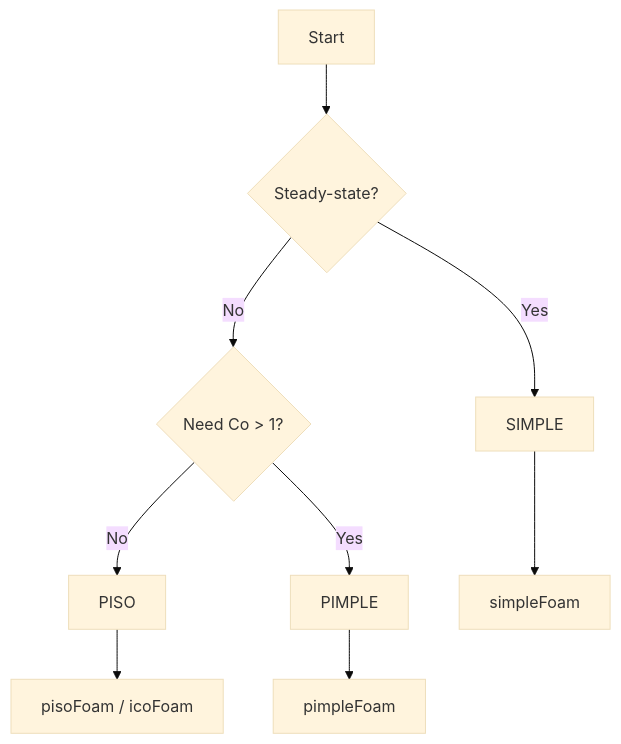
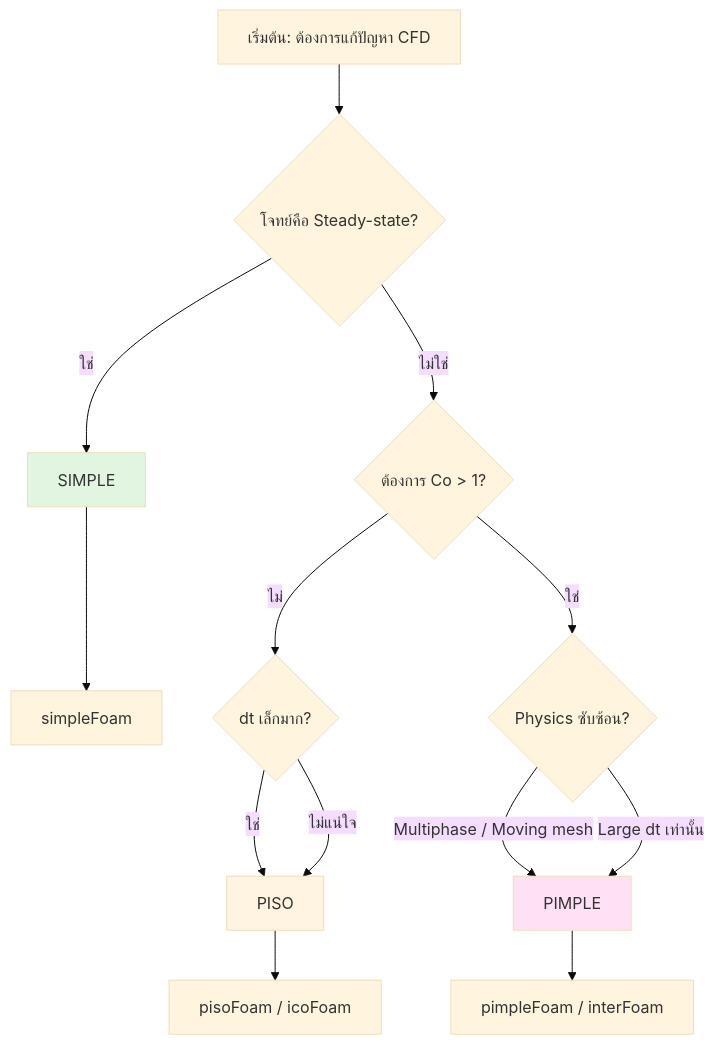
One commit to wramet/build-my-cfd changed the diagram in MODULE_03_SINGLE_PHASE_FLOW/CONTENT/02_PRESSURE_VELOCITY_COUPLING/05_Algorithm_Comparison.md. Above: the diagram before and after it, drawn with Mermaid (base theme). The commit also changed other lines of this file and 54 other files, not shown here.

````diff
--- a/MODULE_03_SINGLE_PHASE_FLOW/CONTENT/02_PRESSURE_VELOCITY_COUPLING/05_Algorithm_Comparison.md
+++ b/MODULE_03_SINGLE_PHASE_FLOW/CONTENT/02_PRESSURE_VELOCITY_COUPLING/05_Algorithm_Comparison.md
@@ -144,12 +32,23 @@
 ```mermaid
 flowchart TD
-    A[Start] --> B{Steady-state?}
-    B -->|Yes| C[SIMPLE]
-    B -->|No| D{Need Co > 1?}
-    D -->|No| E[PISO]
-    D -->|Yes| F[PIMPLE]
+    A[เริ่มต้น: ต้องการแก้ปัญหา CFD] --> B{โจทย์คือ Steady-state?}
+    B -->|ใช่| C[SIMPLE]
+    B -->|ไม่ใช่| D{ต้องการ Co > 1?}
     
     C --> G[simpleFoam]
-    E --> H[pisoFoam / icoFoam]
-    F --> I[pimpleFoam]
+    
+    D -->|ไม่| E{dt เล็กมาก?}
+    E -->|ใช่| F[PISO]
+    E -->|ไม่แน่ใจ| F
+    
+    D -->|ใช่| H{Physics ซับซ้อน?}
+    H -->|Multiphase / Moving mesh| I[PIMPLE]
+    H -->|Large dt เท่านั้น| I
+    
+    F --> J[pisoFoam / icoFoam]
+    I --> K[pimpleFoam / interFoam]
+    
+    style C fill:#e1f5e1
+    style F fill:#fff4e1
+    style I fill:#ffe1f5
 ```
````
